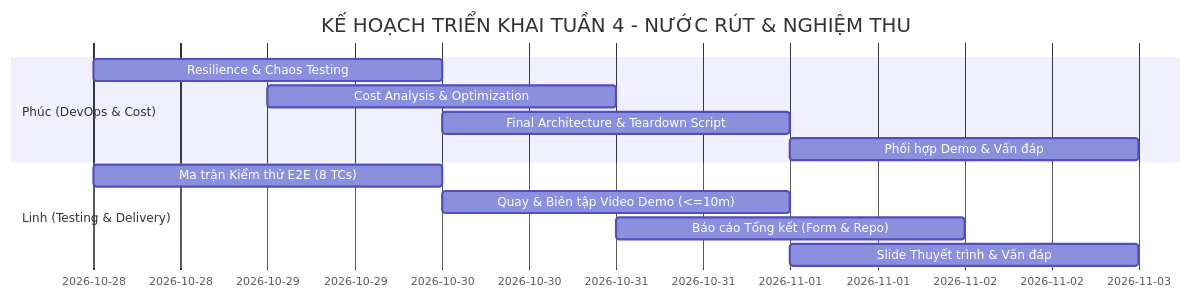
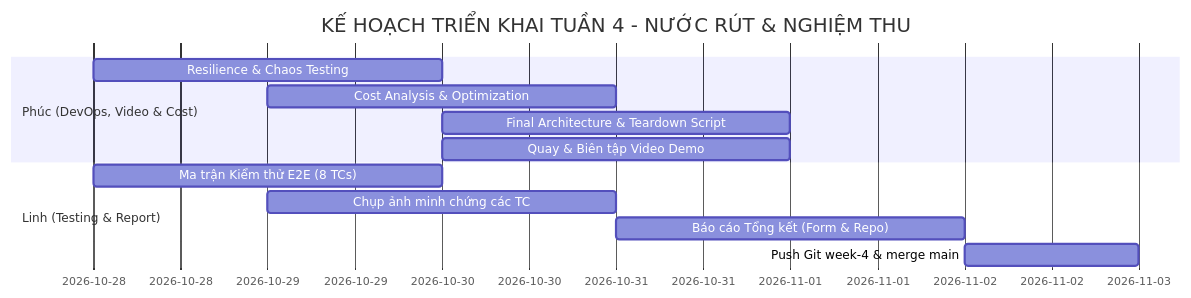
Before and after one commit to ptthuylinh/hotel-booking-microservices: the diagram in docs/week-4/tasks.md, drawn with Mermaid. The commit also changed other lines of this file and 5 other files, not shown here.

````diff
--- a/docs/week-4/tasks.md
+++ b/docs/week-4/tasks.md
@@ -134,15 +134,15 @@
 ```mermaid
 gantt
     title KẾ HOẠCH TRIỂN KHAI TUẦN 4 - NƯỚC RÚT & NGHIỆM THU
     dateFormat  YYYY-MM-DD
-    section Phúc (DevOps & Cost)
+    section Phúc (DevOps, Video & Cost)
     Resilience & Chaos Testing         :2026-10-28, 2d
     Cost Analysis & Optimization       :2026-10-29, 2d
     Final Architecture & Teardown Script:2026-10-30, 2d
-    Phối hợp Demo & Vấn đáp           :2026-11-01, 2d
-    section Linh (Testing & Delivery)
+    Quay & Biên tập Video Demo         :2026-10-30, 2d
+    section Linh (Testing & Report)
     Ma trận Kiểm thử E2E (8 TCs)       :2026-10-28, 2d
-    Quay & Biên tập Video Demo (<=10m) :2026-10-30, 2d
+    Chụp ảnh minh chứng các TC         :2026-10-29, 2d
     Báo cáo Tổng kết (Form & Repo)     :2026-10-31, 2d
-    Slide Thuyết trình & Vấn đáp       :2026-11-01, 2d
+    Push Git week-4 & merge main        :2026-11-02, 1d
 ```
````
